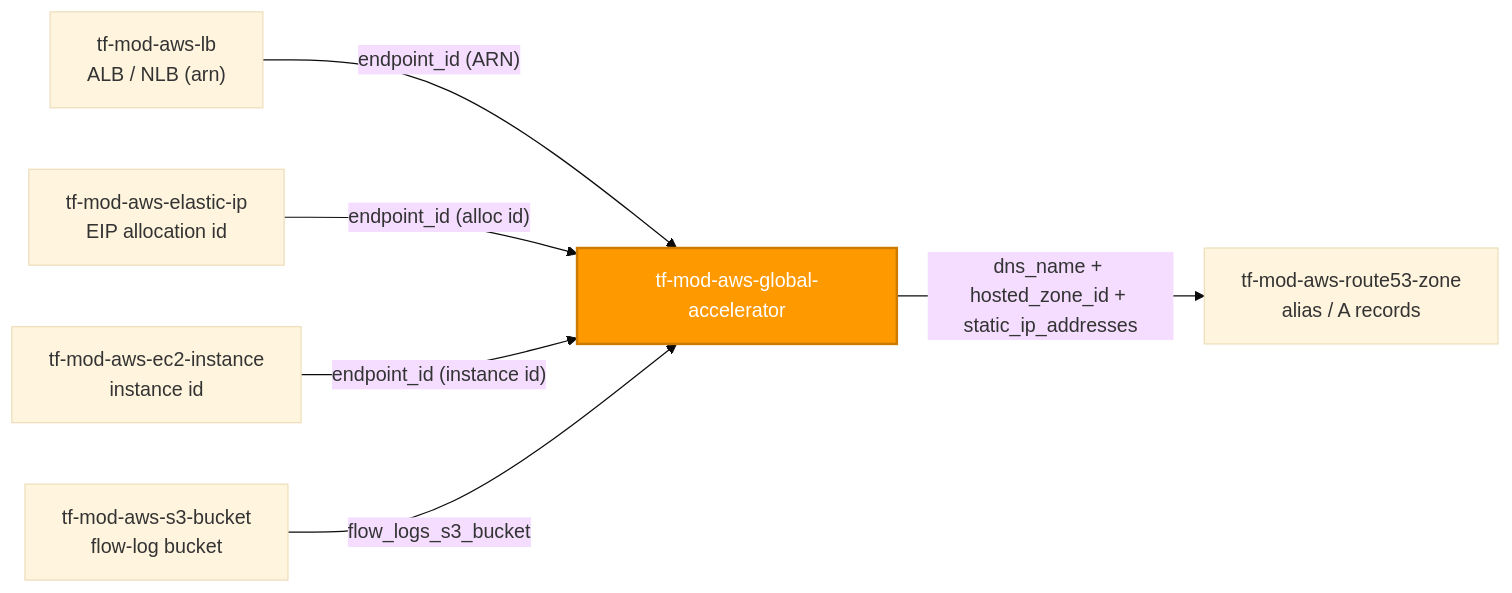
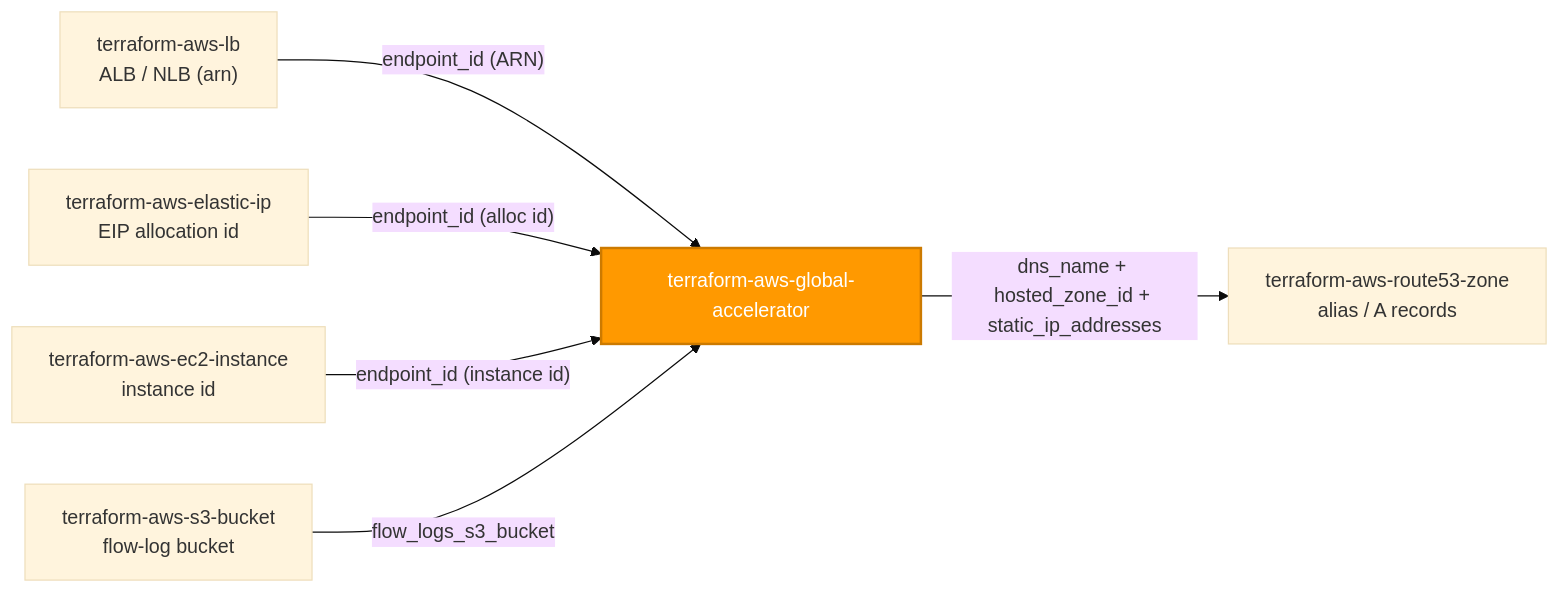
One commit to microsoftexpert/terraform-aws-global-accelerator changed the first of 2 diagrams in README.md. Above: the diagram before and after it, drawn with Mermaid (base theme). The commit also changed other lines of this file and 2 other files, not shown here.

````diff
--- a/README.md
+++ b/README.md
@@ -44,17 +44,17 @@
 ```mermaid
 flowchart LR
- lb["tf-mod-aws-lb<br/>ALB / NLB (arn)"]
- eip["tf-mod-aws-elastic-ip<br/>EIP allocation id"]
- ec2["tf-mod-aws-ec2-instance<br/>instance id"]
- s3["tf-mod-aws-s3-bucket<br/>flow-log bucket"]
- ga["tf-mod-aws-global-accelerator"]
- r53["tf-mod-aws-route53-zone<br/>alias / A records"]
+ lb["terraform-aws-lb<br/>ALB / NLB (arn)"]
+ eip["terraform-aws-elastic-ip<br/>EIP allocation id"]
+ ec2["terraform-aws-ec2-instance<br/>instance id"]
+ s3["terraform-aws-s3-bucket<br/>flow-log bucket"]
+ ga["terraform-aws-global-accelerator"]
+ r53["terraform-aws-route53-zone<br/>alias / A records"]
 
  lb -->|"endpoint_id (ARN)"| ga
  eip -->|"endpoint_id (alloc id)"| ga
  ec2 -->|"endpoint_id (instance id)"| ga
  s3 -->|"flow_logs_s3_bucket"| ga
  ga -->|"dns_name + hosted_zone_id + static_ip_addresses"| r53
 
  style ga fill:#FF9900,color:#fff,stroke:#cc7a00,stroke-width:2px
 ```
````
